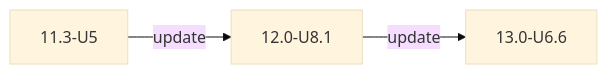
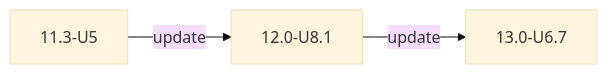
The second of 2 diagrams in static/includes/COREUpgradePaths.md (truenas/documentation), drawn with Mermaid (base theme) before and after one commit. The commit also changed other lines of this file, not shown here.

```diff
--- a/static/includes/COREUpgradePaths.md
+++ b/static/includes/COREUpgradePaths.md
@@ -21,5 +21,5 @@
       {{< mermaid class="mermaid_sizing" >}}
       flowchart LR
       A["11.3-U5"] -->|update| B["12.0-U8.1"]
-      B -->|update| C["13.0-U6.6"]
+      B -->|update| C["13.0-U6.7"]
       {{< /mermaid >}}
```
